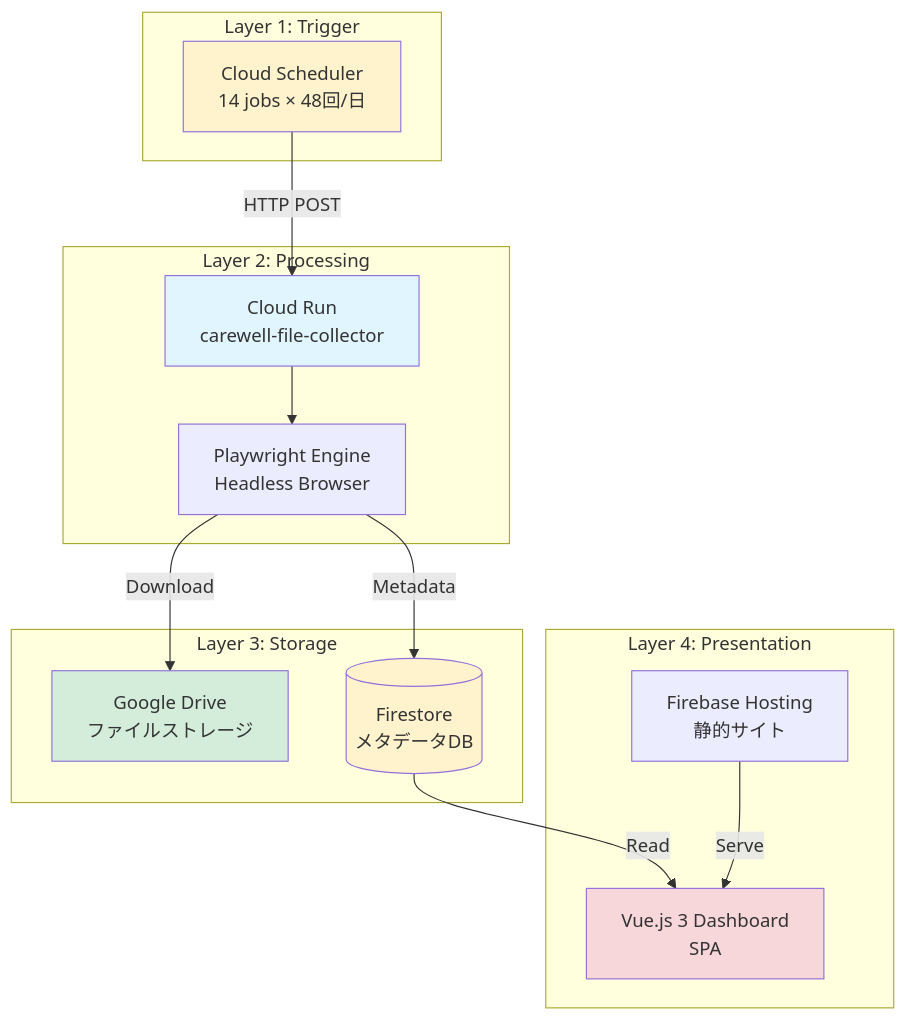
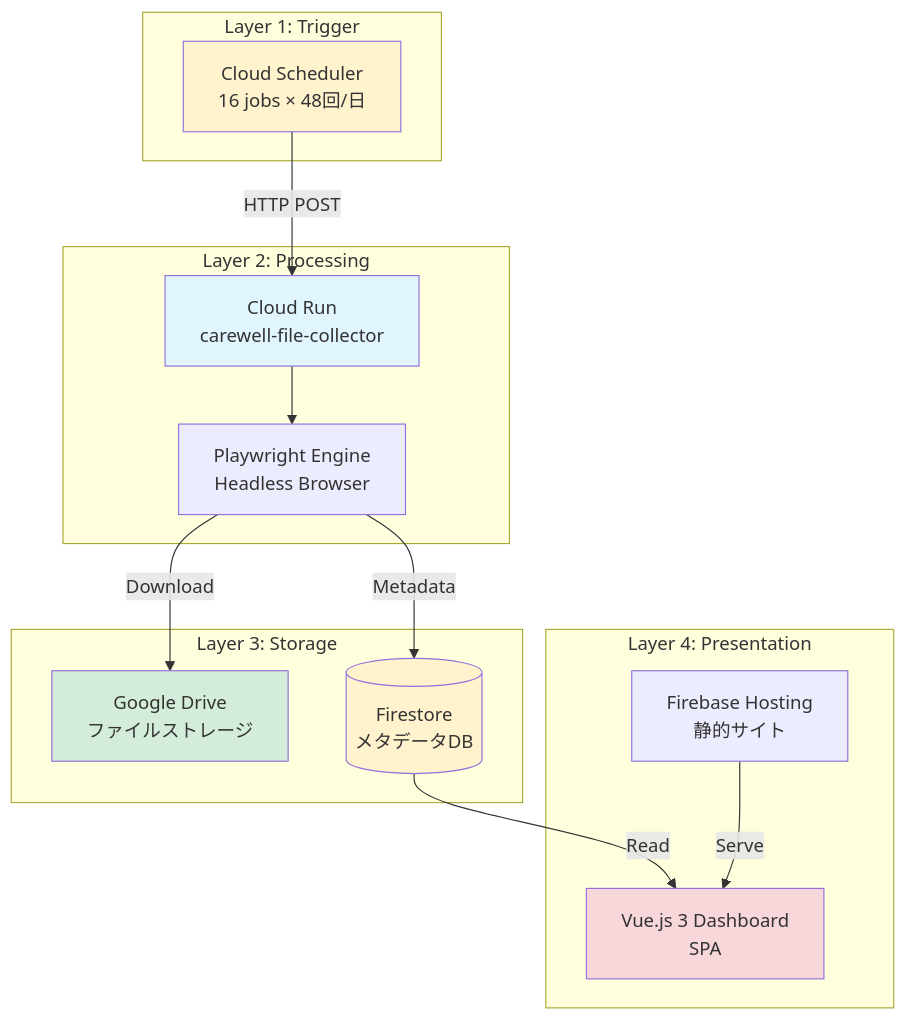
Before and after one commit to yasushi-honda/carewell-gcp-drive-automation: the first of 3 diagrams in docs/architecture-overview.md, drawn with Mermaid. The commit also changed other lines of this file and 2 other files, not shown here.

````diff
--- a/docs/architecture-overview.md
+++ b/docs/architecture-overview.md
@@ -22,34 +22,34 @@
 ```mermaid
 graph TB
     subgraph "Layer 1: Trigger"
-        CS[Cloud Scheduler<br/>14 jobs × 48回/日]
+        CS[Cloud Scheduler<br/>16 jobs × 48回/日]
     end
 
     subgraph "Layer 2: Processing"
         CR[Cloud Run<br/>carewell-file-collector]
         PA[Playwright Engine<br/>Headless Browser]
     end
 
     subgraph "Layer 3: Storage"
         GD[Google Drive<br/>ファイルストレージ]
         FS[(Firestore<br/>メタデータDB)]
     end
 
     subgraph "Layer 4: Presentation"
         FH[Firebase Hosting<br/>静的サイト]
         VUE[Vue.js 3 Dashboard<br/>SPA]
     end
 
     CS -->|HTTP POST| CR
     CR --> PA
     PA -->|Download| GD
     PA -->|Metadata| FS
     FS -->|Read| VUE
     FH -->|Serve| VUE
 
     style CS fill:#fff3cd
     style CR fill:#e1f5ff
     style GD fill:#d4edda
     style FS fill:#fff3cd
     style VUE fill:#f8d7da
 ```
````
